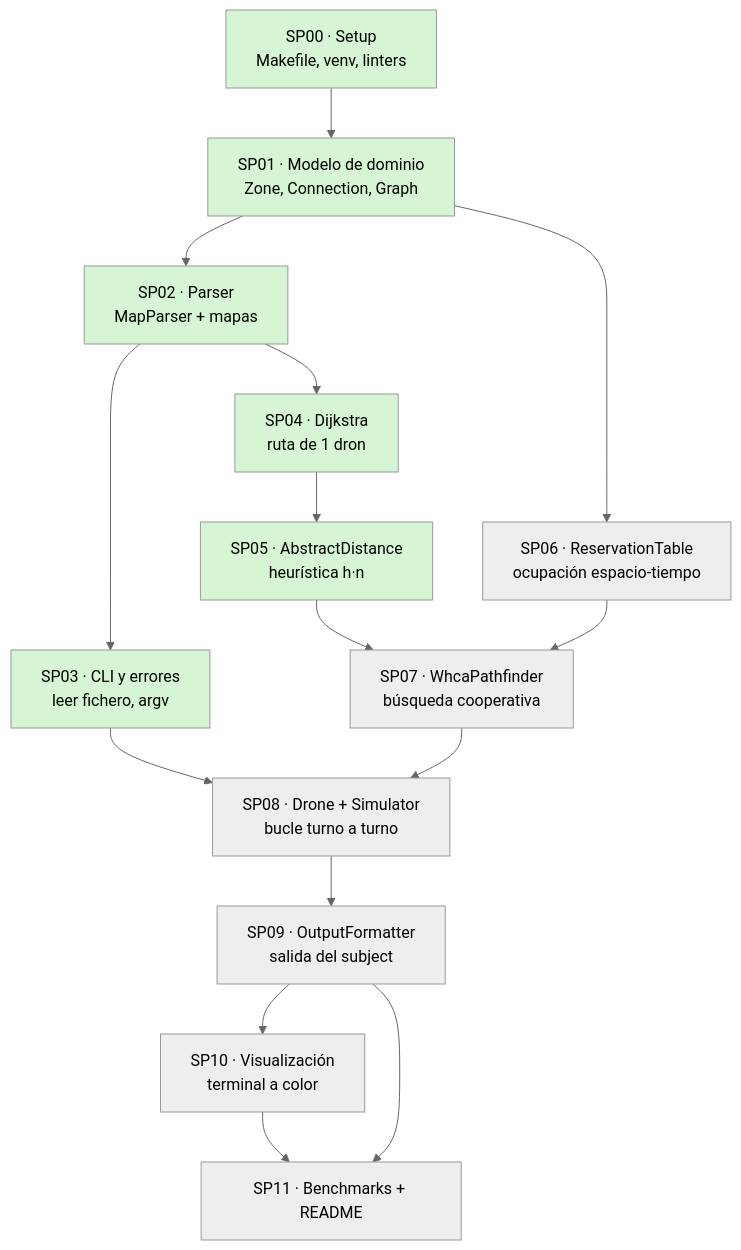
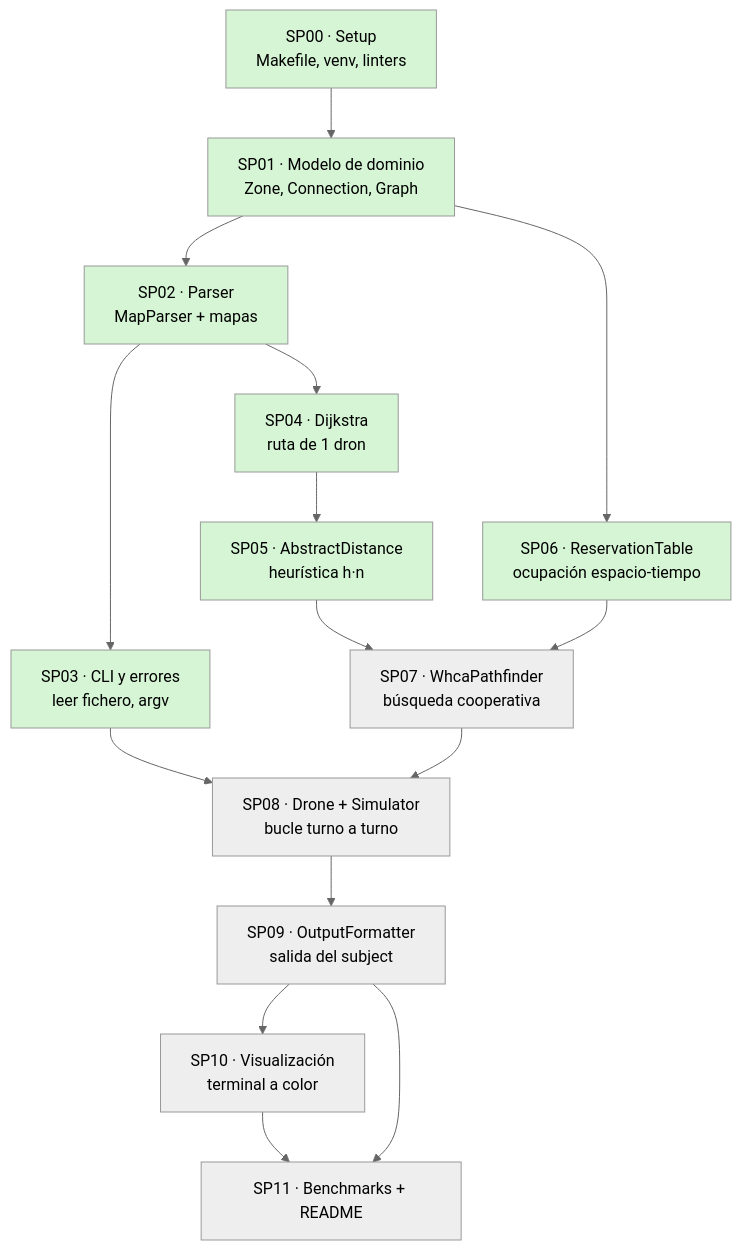
One commit to 0xARCOS/Fly-In changed the diagram in docs/01-roadmap.md. Above: the diagram before and after it, drawn with Mermaid (neutral theme). The commit also changed other lines of this file and 9 other files, not shown here.

Commit message:
diagramas

````diff
--- a/docs/01-roadmap.md
+++ b/docs/01-roadmap.md
@@ -17,24 +17,25 @@
 ```mermaid
 flowchart TD
     SP00[SP00 · Setup<br/>Makefile, venv, linters] --> SP01[SP01 · Modelo de dominio<br/>Zone, Connection, Graph]
     SP01 --> SP02[SP02 · Parser<br/>MapParser + mapas]
     SP02 --> SP03[SP03 · CLI y errores<br/>leer fichero, argv]
     SP02 --> SP04[SP04 · Dijkstra<br/>ruta de 1 dron]
     SP04 --> SP05[SP05 · AbstractDistance<br/>heurística h·n]
     SP01 --> SP06[SP06 · ReservationTable<br/>ocupación espacio-tiempo]
     SP05 --> SP07[SP07 · WhcaPathfinder<br/>búsqueda cooperativa]
     SP06 --> SP07
     SP07 --> SP08[SP08 · Drone + Simulator<br/>bucle turno a turno]
     SP03 --> SP08
     SP08 --> SP09[SP09 · OutputFormatter<br/>salida del subject]
     SP09 --> SP10[SP10 · Visualización<br/>terminal a color]
     SP09 --> SP11[SP11 · Benchmarks + README]
     SP10 --> SP11
 
     style SP00 fill:#d5f5d5
     style SP01 fill:#d5f5d5
     style SP02 fill:#d5f5d5
     style SP03 fill:#d5f5d5
     style SP04 fill:#d5f5d5
     style SP05 fill:#d5f5d5
+    style SP06 fill:#d5f5d5
 ```
````
